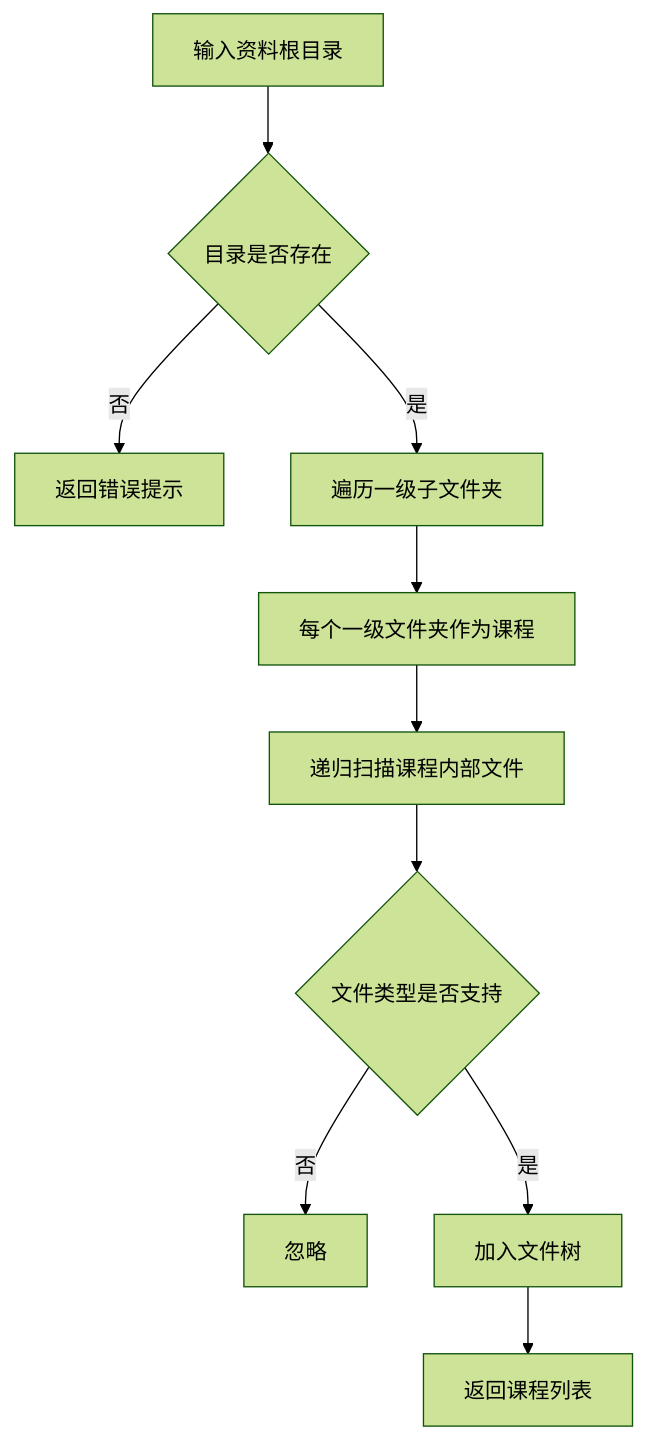
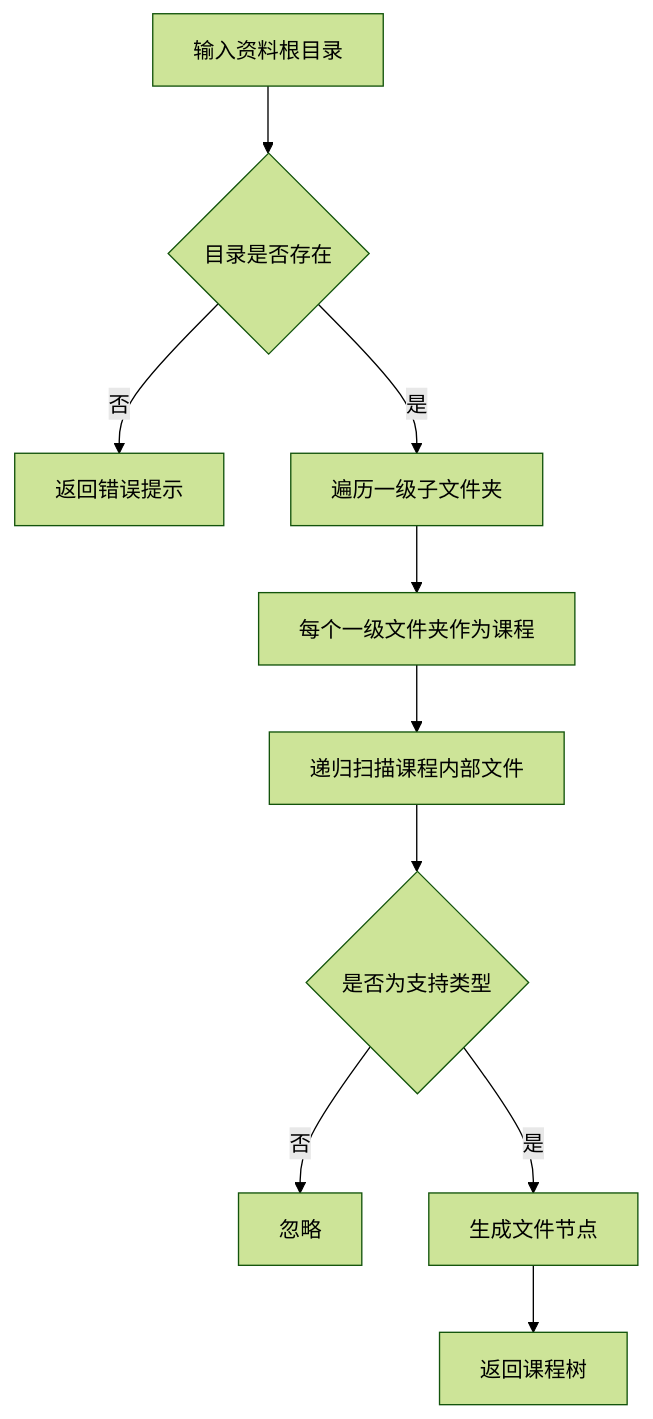
The fifth of 8 diagrams in docs/系统设计.md (LuMH1027/ai-learn-assistant), drawn with Mermaid (forest theme) before and after one commit. The commit also changed other lines of this file and 14 other files, not shown here.

````diff
--- a/docs/系统设计.md
+++ b/docs/系统设计.md
@@ -150,12 +168,12 @@
 ```mermaid
 flowchart TD
     A["输入资料根目录"] --> B{"目录是否存在"}
     B -- 否 --> C["返回错误提示"]
     B -- 是 --> D["遍历一级子文件夹"]
     D --> E["每个一级文件夹作为课程"]
     E --> F["递归扫描课程内部文件"]
-    F --> G{"文件类型是否支持"}
+    F --> G{"是否为支持类型"}
     G -- 否 --> H["忽略"]
-    G -- 是 --> I["加入文件树"]
-    I --> J["返回课程列表"]
+    G -- 是 --> I["生成文件节点"]
+    I --> J["返回课程树"]
 ```
````
